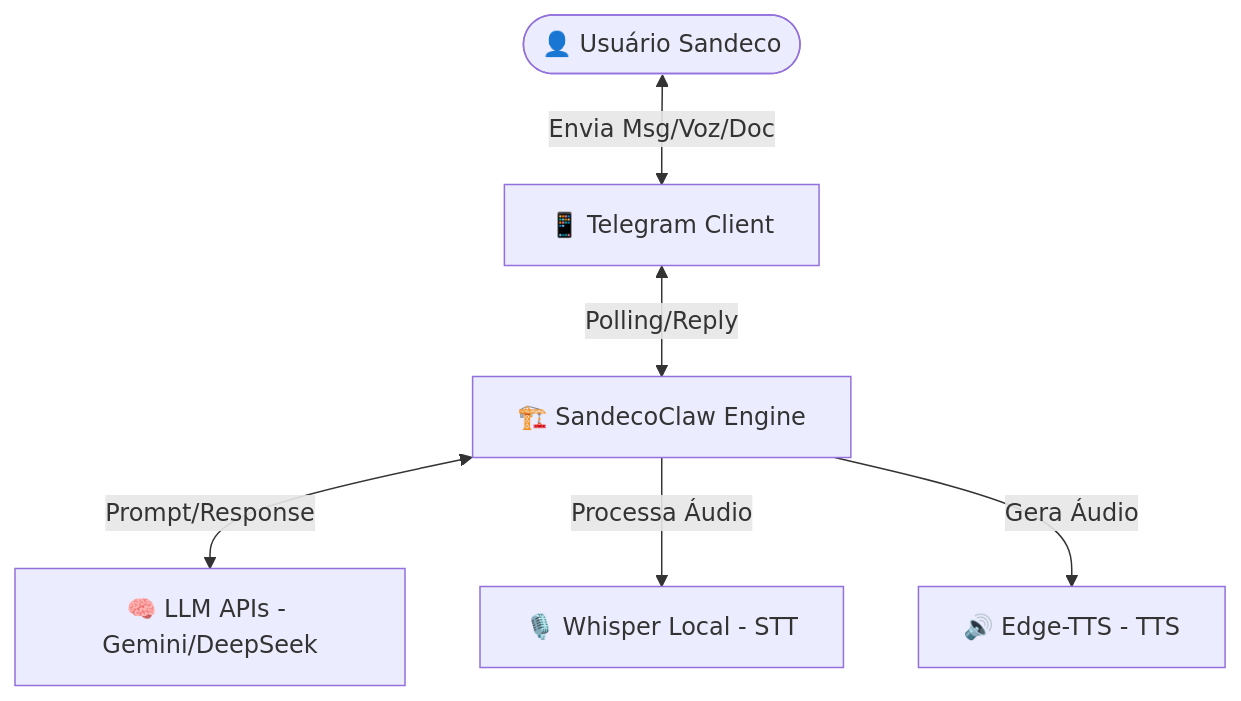
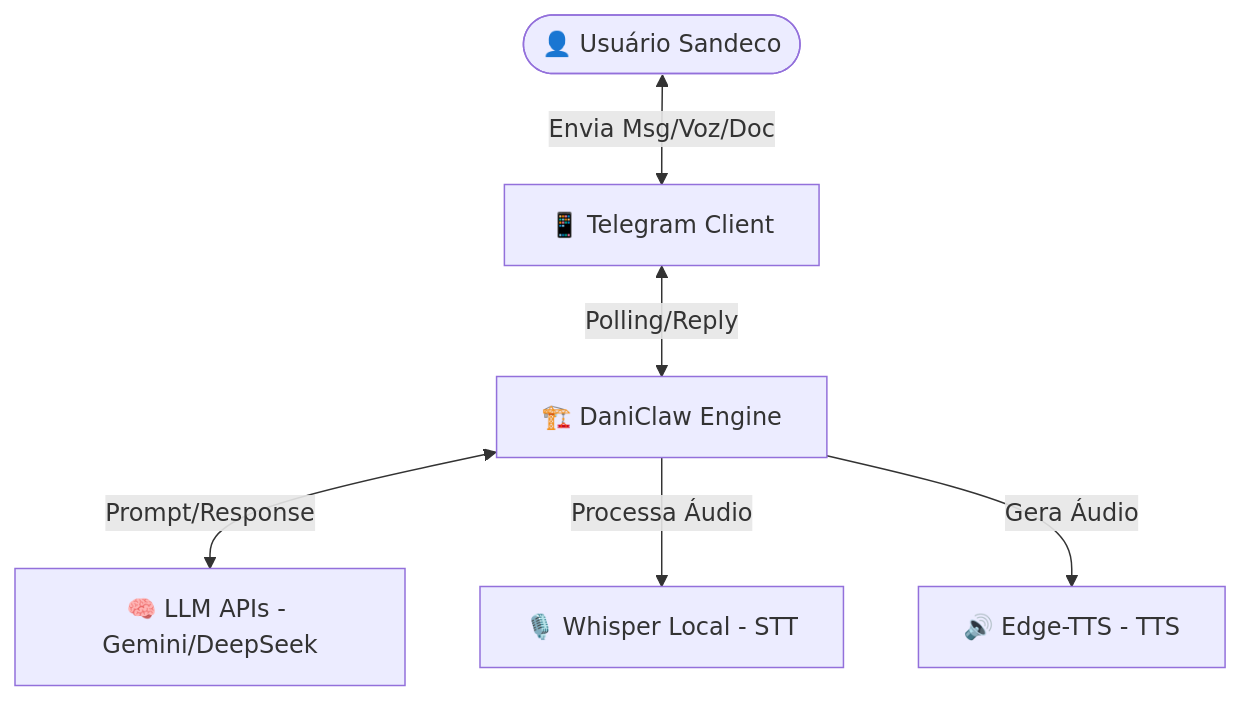
Before and after one commit to dpechman/daniclaw-cpp: the first of 3 diagrams in specs/architecture.md, drawn with Mermaid. The commit also changed other lines of this file and 7 other files, not shown here.

````diff
--- a/specs/architecture.md
+++ b/specs/architecture.md
@@ -46,15 +46,15 @@
 ```mermaid
 graph TB
     User([👤 Usuário Sandeco])
     Telegram[📱 Telegram Client]
-    System[🏗️ SandecoClaw Engine]
+    System[🏗️ DaniClaw Engine]
     LLM[🧠 LLM APIs - Gemini/DeepSeek]
     Whisper[🎙️ Whisper Local - STT]
     EdgeTTS[🔊 Edge-TTS - TTS]
 
     User <-->|Envia Msg/Voz/Doc| Telegram
     Telegram <-->|Polling/Reply| System
     System <-->|Prompt/Response| LLM
     System -->|Processa Áudio| Whisper
     System -->|Gera Áudio| EdgeTTS
 ```
````
